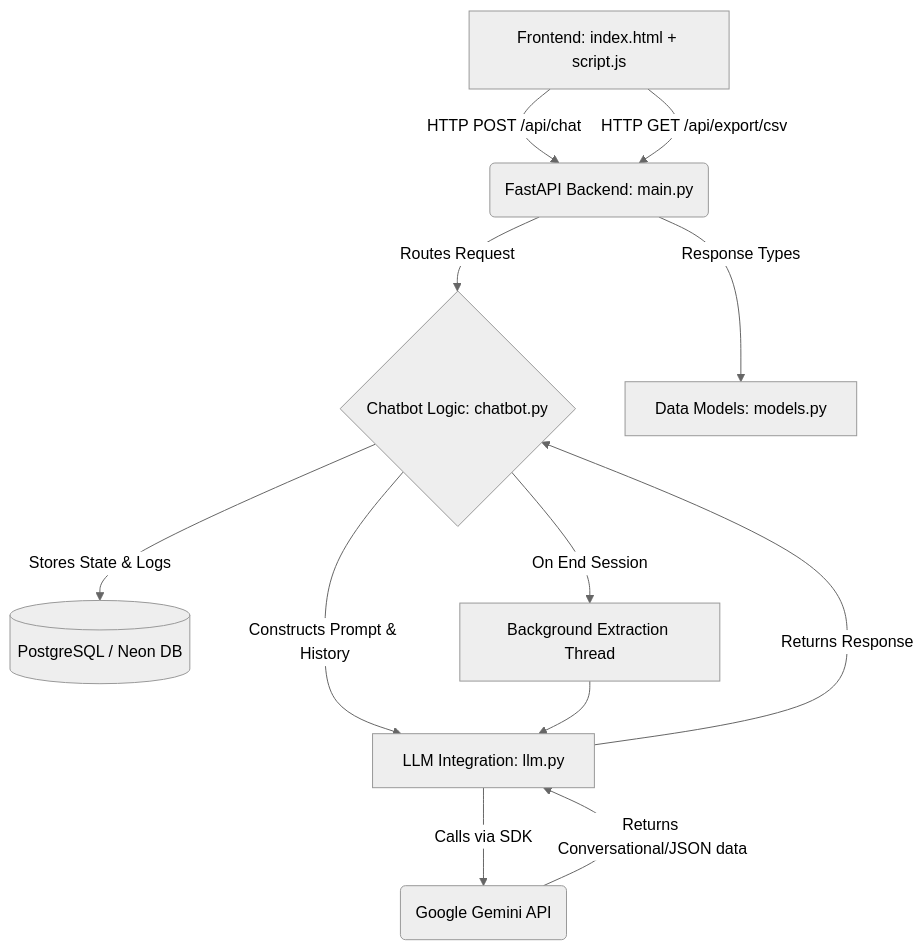
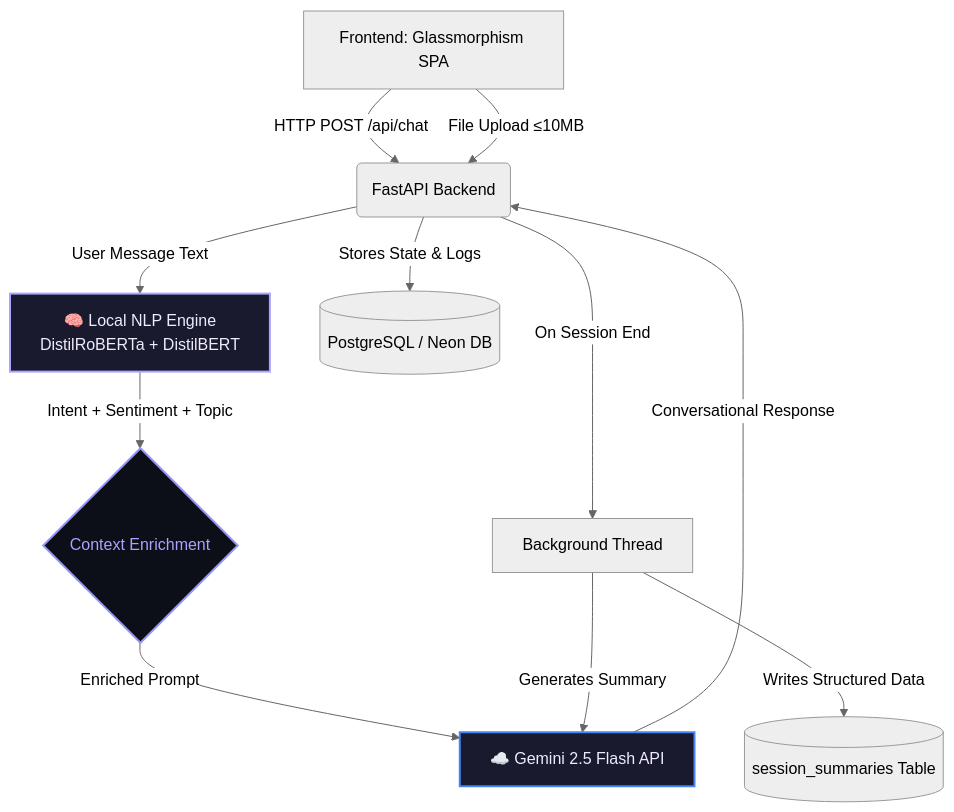
The diagram in README.md (Kshitij-2608/feedbackai), drawn with Mermaid (neutral theme) before and after one commit. The commit also changed other lines of this file and 1 other file, not shown here.

Commit message:
docs: comprehensive README with hybrid architecture documentation

````diff
--- a/README.md
+++ b/README.md
@@ -13,14 +47,17 @@
 ```mermaid
 graph TD
-    A[Frontend: index.html + script.js] -->|HTTP POST /api/chat| B(FastAPI Backend: main.py)
-    A -->|HTTP GET /api/export/csv| B
-    B -->|Routes Request| C{Chatbot Logic: chatbot.py}
-    B -->|Response Types| G[Data Models: models.py]
-    C -->|Constructs Prompt & History| D[LLM Integration: llm.py]
-    D -->|Calls via SDK| E(Google Gemini API)
-    E -->|Returns Conversational/JSON data| D
-    D -->|Returns Response| C
-    C -->|Stores State & Logs| F[(PostgreSQL / Neon DB)]
-    C -->|On End Session| H[Background Extraction Thread]
-    H --> D
+    A[Frontend: Glassmorphism SPA] -->|HTTP POST /api/chat| B(FastAPI Backend)
+    A -->|File Upload ≤10MB| B
+    B -->|User Message Text| C[🧠 Local NLP Engine<br/>DistilRoBERTa + DistilBERT]
+    C -->|Intent + Sentiment + Topic| D{Context Enrichment}
+    D -->|Enriched Prompt| E[☁️ Gemini 2.5 Flash API]
+    E -->|Conversational Response| B
+    B -->|Stores State & Logs| F[(PostgreSQL / Neon DB)]
+    B -->|On Session End| G[Background Thread]
+    G -->|Generates Summary| E
+    G -->|Writes Structured Data| H[(session_summaries Table)]
+
+    style C fill:#1a1a2e,stroke:#a8a4ff,stroke-width:2px,color:#edecfd
+    style E fill:#1a1a2e,stroke:#4285F4,stroke-width:2px,color:#edecfd
+    style D fill:#0c0e18,stroke:#9492ff,stroke-width:2px,color:#a8a4ff
 ```
````
